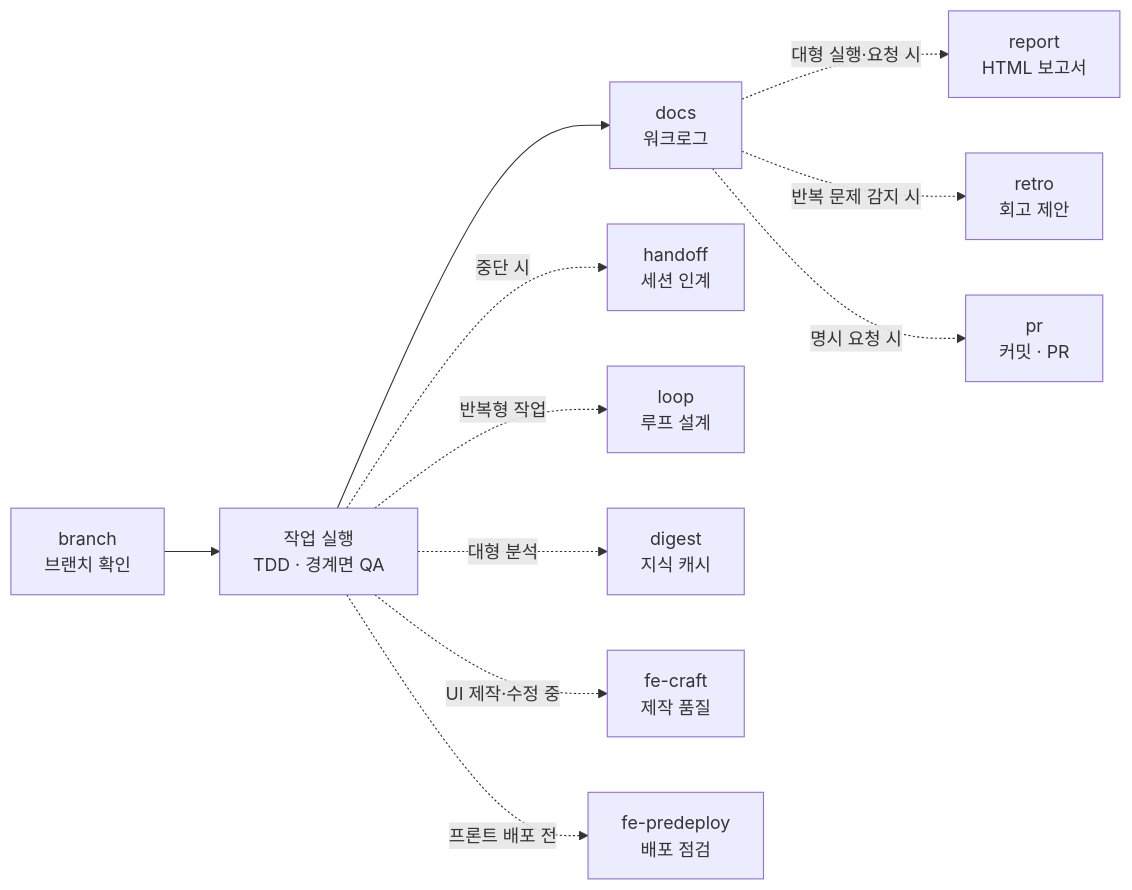
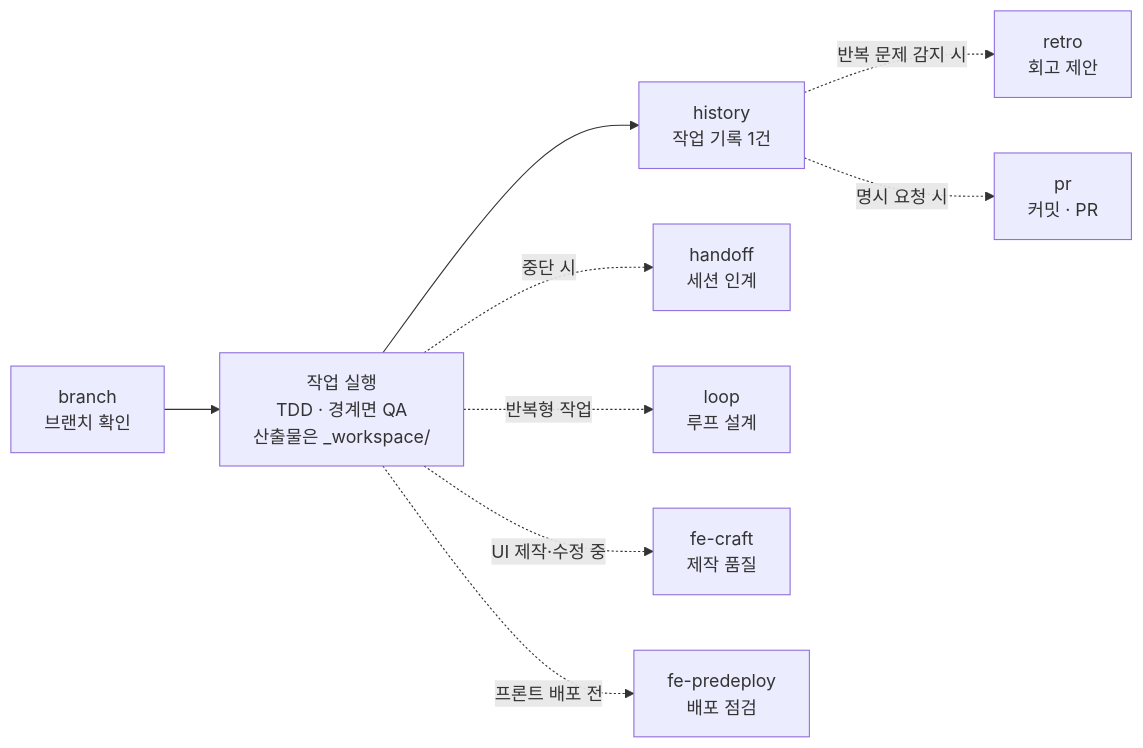
The diagram in README.md (Guksu/guksu-harness), drawn with Mermaid before and after one commit. The commit also changed other lines of this file and 37 other files, not shown here.

First line of the commit message:
feat!: 하네스 다이어트 — 기록 체계를 작업 1건당 1문서로 통합, report·digest 제거

````diff
--- a/README.md
+++ b/README.md
@@ -438,13 +404,11 @@
 ```mermaid
 flowchart LR
-    B["branch<br/>브랜치 확인"] --> W["작업 실행<br/>TDD · 경계면 QA"]
-    W --> D["docs<br/>워크로그"]
-    D -. 대형 실행·요청 시 .-> R["report<br/>HTML 보고서"]
+    B["branch<br/>브랜치 확인"] --> W["작업 실행<br/>TDD · 경계면 QA<br/>산출물은 _workspace/"]
+    W --> D["history<br/>작업 기록 1건"]
     D -. 반복 문제 감지 시 .-> T["retro<br/>회고 제안"]
     D -. 명시 요청 시 .-> P["pr<br/>커밋 · PR"]
     W -. 중단 시 .-> H["handoff<br/>세션 인계"]
     W -. 반복형 작업 .-> L["loop<br/>루프 설계"]
-    W -. 대형 분석 .-> G["digest<br/>지식 캐시"]
     W -. UI 제작·수정 중 .-> C["fe-craft<br/>제작 품질"]
     W -. 프론트 배포 전 .-> F["fe-predeploy<br/>배포 점검"]
 ```
````
